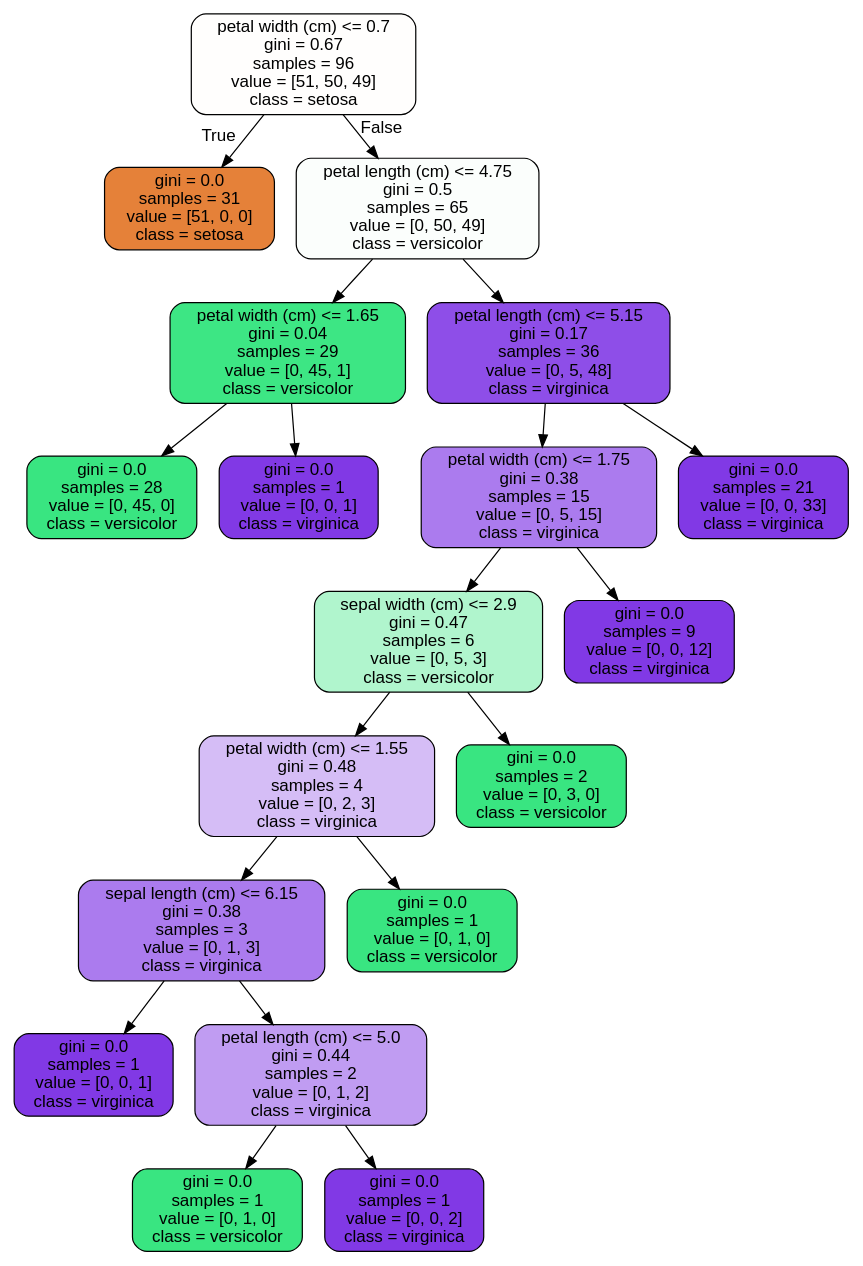
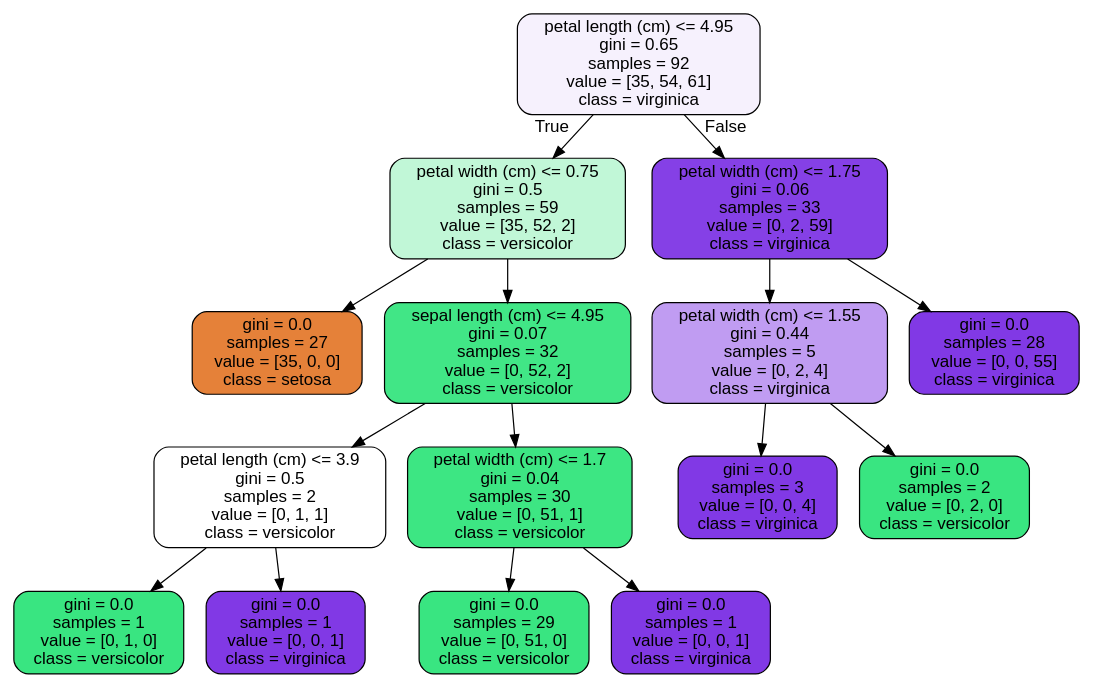
The diagram in 1593492590_RandomForest_Covid_Case_Study_06302020/RandomForest Covid Case Study_06302020/tree.dot (mdgarber/RandomForest_Covid_case_Study), drawn with Graphviz before and after one commit. The commit also changed 2 other files, not shown here.

```diff
--- a/1593492590_RandomForest_Covid_Case_Study_06302020/RandomForest Covid Case Study_06302020/tree.dot
+++ b/1593492590_RandomForest_Covid_Case_Study_06302020/RandomForest Covid Case Study_06302020/tree.dot
@@ -1,41 +1,33 @@
 digraph Tree {
 node [shape=box, style="filled, rounded", color="black", fontname="helvetica"] ;
 edge [fontname="helvetica"] ;
-0 [label="petal width (cm) <= 0.7\ngini = 0.67\nsamples = 96\nvalue = [51, 50, 49]\nclass = setosa", fillcolor="#fffefd"] ;
-1 [label="gini = 0.0\nsamples = 31\nvalue = [51, 0, 0]\nclass = setosa", fillcolor="#e58139"] ;
+0 [label="petal length (cm) <= 4.95\ngini = 0.65\nsamples = 92\nvalue = [35, 54, 61]\nclass = virginica", fillcolor="#f6f1fd"] ;
+1 [label="petal width (cm) <= 0.75\ngini = 0.5\nsamples = 59\nvalue = [35, 52, 2]\nclass = versicolor", fillcolor="#c1f7d7"] ;
 0 -> 1 [labeldistance=2.5, labelangle=45, headlabel="True"] ;
-2 [label="petal length (cm) <= 4.75\ngini = 0.5\nsamples = 65\nvalue = [0, 50, 49]\nclass = versicolor", fillcolor="#fbfefc"] ;
-0 -> 2 [labeldistance=2.5, labelangle=-45, headlabel="False"] ;
-3 [label="petal width (cm) <= 1.65\ngini = 0.04\nsamples = 29\nvalue = [0, 45, 1]\nclass = versicolor", fillcolor="#3de684"] ;
-2 -> 3 ;
-4 [label="gini = 0.0\nsamples = 28\nvalue = [0, 45, 0]\nclass = versicolor", fillcolor="#39e581"] ;
+2 [label="gini = 0.0\nsamples = 27\nvalue = [35, 0, 0]\nclass = setosa", fillcolor="#e58139"] ;
+1 -> 2 ;
+3 [label="sepal length (cm) <= 4.95\ngini = 0.07\nsamples = 32\nvalue = [0, 52, 2]\nclass = versicolor", fillcolor="#41e686"] ;
+1 -> 3 ;
+4 [label="petal length (cm) <= 3.9\ngini = 0.5\nsamples = 2\nvalue = [0, 1, 1]\nclass = versicolor", fillcolor="#ffffff"] ;
 3 -> 4 ;
-5 [label="gini = 0.0\nsamples = 1\nvalue = [0, 0, 1]\nclass = virginica", fillcolor="#8139e5"] ;
-3 -> 5 ;
-6 [label="petal length (cm) <= 5.15\ngini = 0.17\nsamples = 36\nvalue = [0, 5, 48]\nclass = virginica", fillcolor="#8e4ee8"] ;
-2 -> 6 ;
-7 [label="petal width (cm) <= 1.75\ngini = 0.38\nsamples = 15\nvalue = [0, 5, 15]\nclass = virginica", fillcolor="#ab7bee"] ;
-6 -> 7 ;
-8 [label="sepal width (cm) <= 2.9\ngini = 0.47\nsamples = 6\nvalue = [0, 5, 3]\nclass = versicolor", fillcolor="#b0f5cd"] ;
+5 [label="gini = 0.0\nsamples = 1\nvalue = [0, 1, 0]\nclass = versicolor", fillcolor="#39e581"] ;
+4 -> 5 ;
+6 [label="gini = 0.0\nsamples = 1\nvalue = [0, 0, 1]\nclass = virginica", fillcolor="#8139e5"] ;
+4 -> 6 ;
+7 [label="petal width (cm) <= 1.7\ngini = 0.04\nsamples = 30\nvalue = [0, 51, 1]\nclass = versicolor", fillcolor="#3de683"] ;
+3 -> 7 ;
+8 [label="gini = 0.0\nsamples = 29\nvalue = [0, 51, 0]\nclass = versicolor", fillcolor="#39e581"] ;
 7 -> 8 ;
-9 [label="petal width (cm) <= 1.55\ngini = 0.48\nsamples = 4\nvalue = [0, 2, 3]\nclass = virginica", fillcolor="#d5bdf6"] ;
-8 -> 9 ;
-10 [label="sepal length (cm) <= 6.15\ngini = 0.38\nsamples = 3\nvalue = [0, 1, 3]\nclass = virginica", fillcolor="#ab7bee"] ;
-9 -> 10 ;
-11 [label="gini = 0.0\nsamples = 1\nvalue = [0, 0, 1]\nclass = virginica", fillcolor="#8139e5"] ;
+9 [label="gini = 0.0\nsamples = 1\nvalue = [0, 0, 1]\nclass = virginica", fillcolor="#8139e5"] ;
+7 -> 9 ;
+10 [label="petal width (cm) <= 1.75\ngini = 0.06\nsamples = 33\nvalue = [0, 2, 59]\nclass = virginica", fillcolor="#8540e6"] ;
+0 -> 10 [labeldistance=2.5, labelangle=-45, headlabel="False"] ;
+11 [label="petal width (cm) <= 1.55\ngini = 0.44\nsamples = 5\nvalue = [0, 2, 4]\nclass = virginica", fillcolor="#c09cf2"] ;
 10 -> 11 ;
-12 [label="petal length (cm) <= 5.0\ngini = 0.44\nsamples = 2\nvalue = [0, 1, 2]\nclass = virginica", fillcolor="#c09cf2"] ;
-10 -> 12 ;
-13 [label="gini = 0.0\nsamples = 1\nvalue = [0, 1, 0]\nclass = versicolor", fillcolor="#39e581"] ;
-12 -> 13 ;
-14 [label="gini = 0.0\nsamples = 1\nvalue = [0, 0, 2]\nclass = virginica", fillcolor="#8139e5"] ;
-12 -> 14 ;
-15 [label="gini = 0.0\nsamples = 1\nvalue = [0, 1, 0]\nclass = versicolor", fillcolor="#39e581"] ;
-9 -> 15 ;
-16 [label="gini = 0.0\nsamples = 2\nvalue = [0, 3, 0]\nclass = versicolor", fillcolor="#39e581"] ;
-8 -> 16 ;
-17 [label="gini = 0.0\nsamples = 9\nvalue = [0, 0, 12]\nclass = virginica", fillcolor="#8139e5"] ;
-7 -> 17 ;
-18 [label="gini = 0.0\nsamples = 21\nvalue = [0, 0, 33]\nclass = virginica", fillcolor="#8139e5"] ;
-6 -> 18 ;
+12 [label="gini = 0.0\nsamples = 3\nvalue = [0, 0, 4]\nclass = virginica", fillcolor="#8139e5"] ;
+11 -> 12 ;
+13 [label="gini = 0.0\nsamples = 2\nvalue = [0, 2, 0]\nclass = versicolor", fillcolor="#39e581"] ;
+11 -> 13 ;
+14 [label="gini = 0.0\nsamples = 28\nvalue = [0, 0, 55]\nclass = virginica", fillcolor="#8139e5"] ;
+10 -> 14 ;
 }
```
